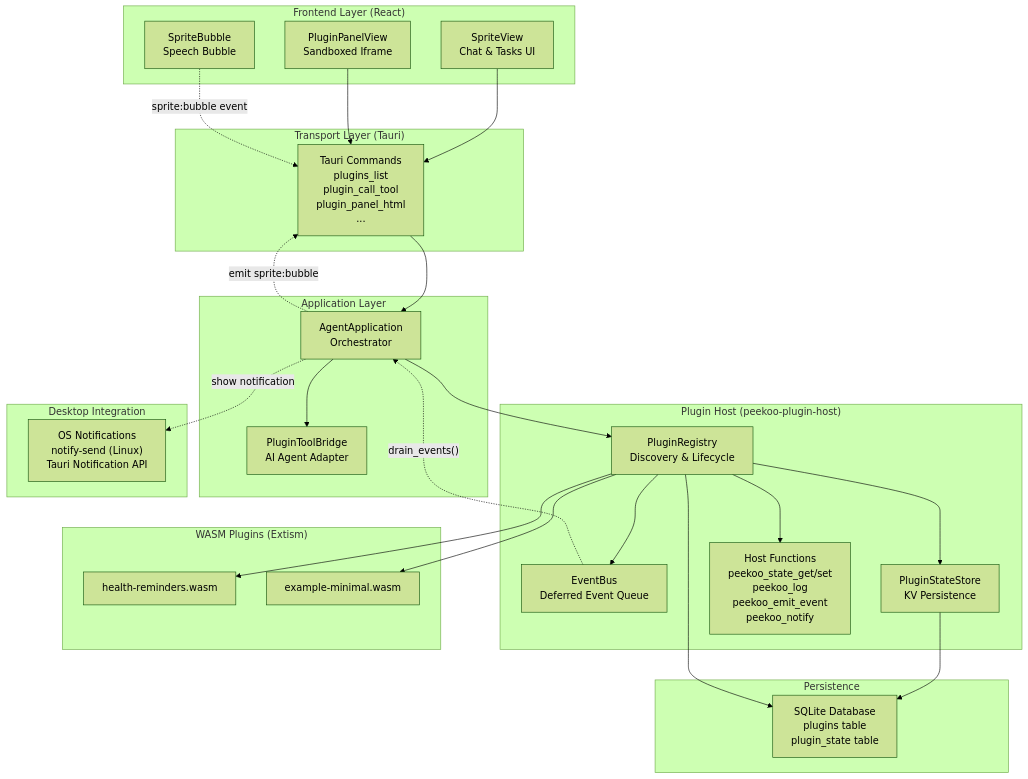
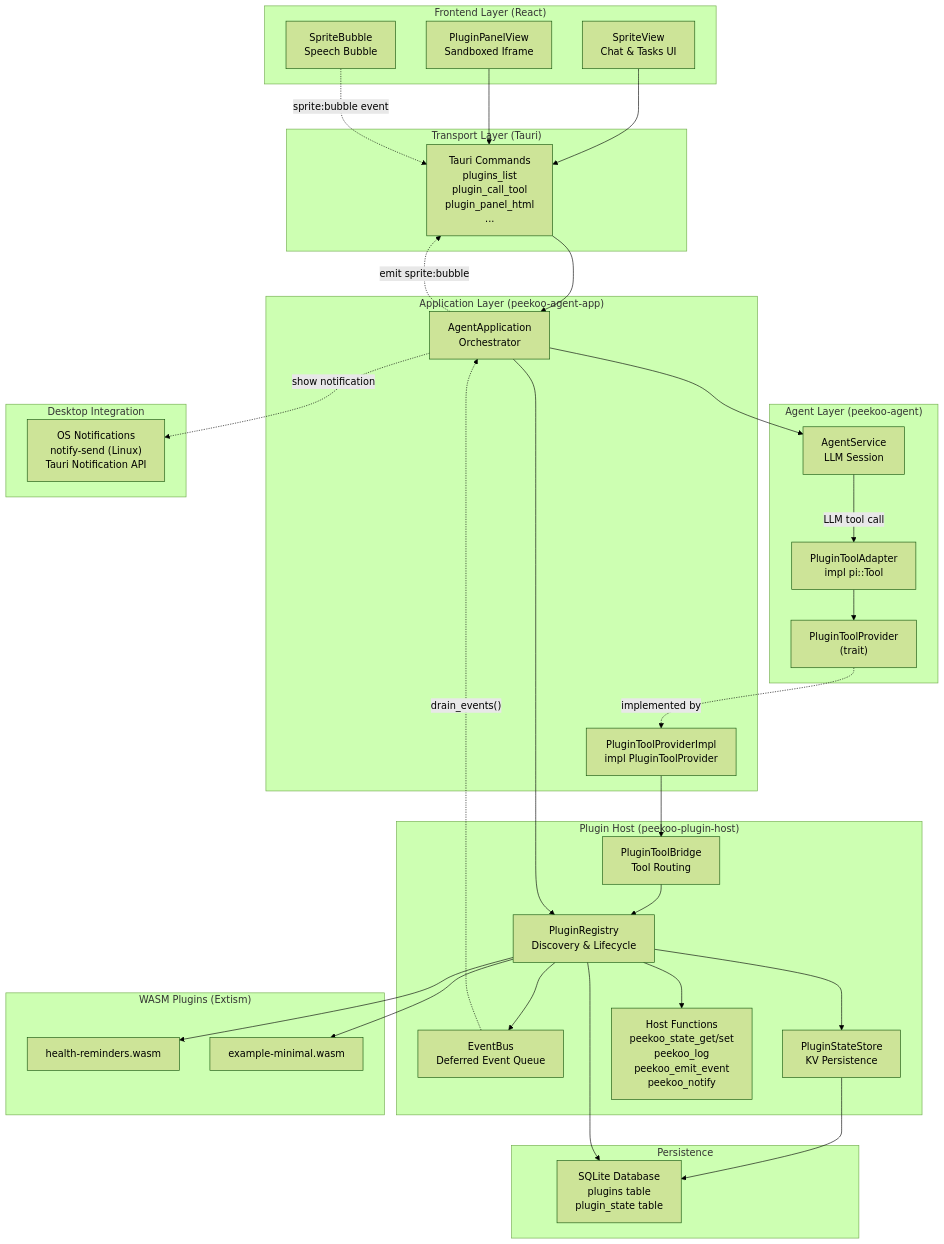
One commit to feed-mob/peekoo-ai changed the first of 6 diagrams in ai/memories/diagrams/plugin-system-architecture.md. Above: the diagram before and after it, drawn with Mermaid (forest theme). The commit also changed other lines of this file and 9 other files, not shown here.

First line of the commit message:
feat(agent): enable native plugin tool calling during LLM agent loop

````diff
--- a/ai/memories/diagrams/plugin-system-architecture.md
+++ b/ai/memories/diagrams/plugin-system-architecture.md
@@ -16,58 +18,70 @@
 ```mermaid
 graph TB
     subgraph "Frontend Layer (React)"
         UI["SpriteView<br/>Chat & Tasks UI"]
         PanelView["PluginPanelView<br/>Sandboxed Iframe"]
         SpriteBubble["SpriteBubble<br/>Speech Bubble"]
     end
     
     subgraph "Transport Layer (Tauri)"
         TauriCmds["Tauri Commands<br/>plugins_list<br/>plugin_call_tool<br/>plugin_panel_html<br/>..."]
     end
     
-    subgraph "Application Layer"
+    subgraph "Agent Layer (peekoo-agent)"
+        AgentService["AgentService<br/>LLM Session"]
+        PluginToolAdapter["PluginToolAdapter<br/>impl pi::Tool"]
+        ToolProvider["PluginToolProvider<br/>(trait)"]
+    end
+    
+    subgraph "Application Layer (peekoo-agent-app)"
         AgentApp["AgentApplication<br/>Orchestrator"]
-        PluginTools["PluginToolBridge<br/>AI Agent Adapter"]
+        ProviderImpl["PluginToolProviderImpl<br/>impl PluginToolProvider"]
     end
     
     subgraph "Plugin Host (peekoo-plugin-host)"
+        Bridge["PluginToolBridge<br/>Tool Routing"]
         Registry["PluginRegistry<br/>Discovery & Lifecycle"]
         EventBus["EventBus<br/>Deferred Event Queue"]
         StateStore["PluginStateStore<br/>KV Persistence"]
         HostFns["Host Functions<br/>peekoo_state_get/set<br/>peekoo_log<br/>peekoo_emit_event<br/>peekoo_notify"]
     end
     
     subgraph "WASM Plugins (Extism)"
         WASM1["health-reminders.wasm"]
         WASM2["example-minimal.wasm"]
     end
     
     subgraph "Persistence"
         SQLite["SQLite Database<br/>plugins table<br/>plugin_state table"]
     end
     
     subgraph "Desktop Integration"
         OSNotify["OS Notifications<br/>notify-send (Linux)<br/>Tauri Notification API"]
     end
     
     UI --> TauriCmds
     PanelView --> TauriCmds
     SpriteBubble -.->|"sprite:bubble event"| TauriCmds
     
     TauriCmds --> AgentApp
-    AgentApp --> PluginTools
+    AgentApp --> AgentService
+    AgentService -->|"LLM tool call"| PluginToolAdapter
+    PluginToolAdapter --> ToolProvider
+    ToolProvider -.->|"implemented by"| ProviderImpl
+    ProviderImpl --> Bridge
+    Bridge --> Registry
     AgentApp --> Registry
     
     Registry --> EventBus
     Registry --> StateStore
     Registry --> HostFns
     Registry --> WASM1
     Registry --> WASM2
     
     StateStore --> SQLite
     Registry --> SQLite
     
     EventBus -.->|"drain_events()"| AgentApp
     AgentApp -.->|"emit sprite:bubble"| TauriCmds
     AgentApp -.->|"show notification"| OSNotify
 ```
````
